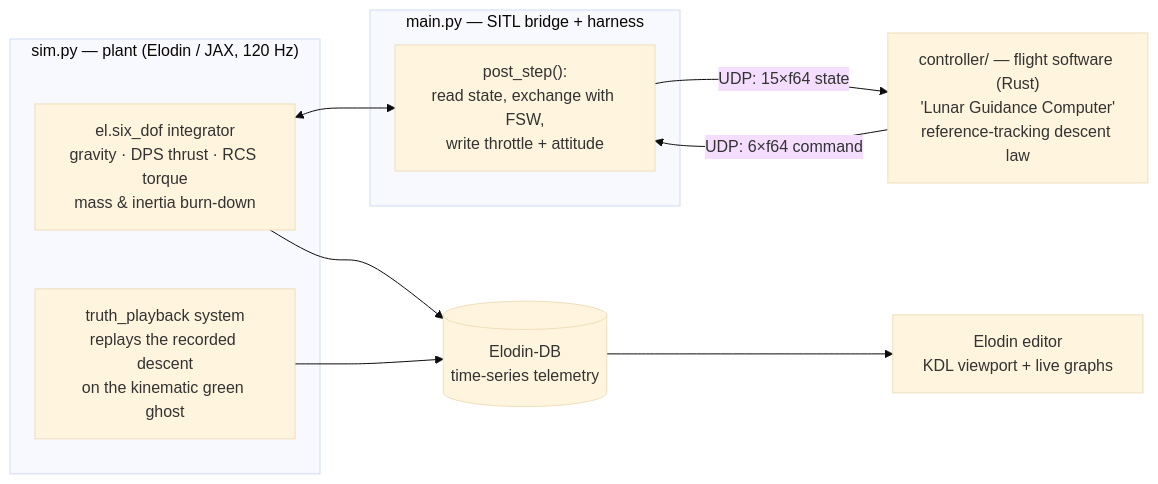
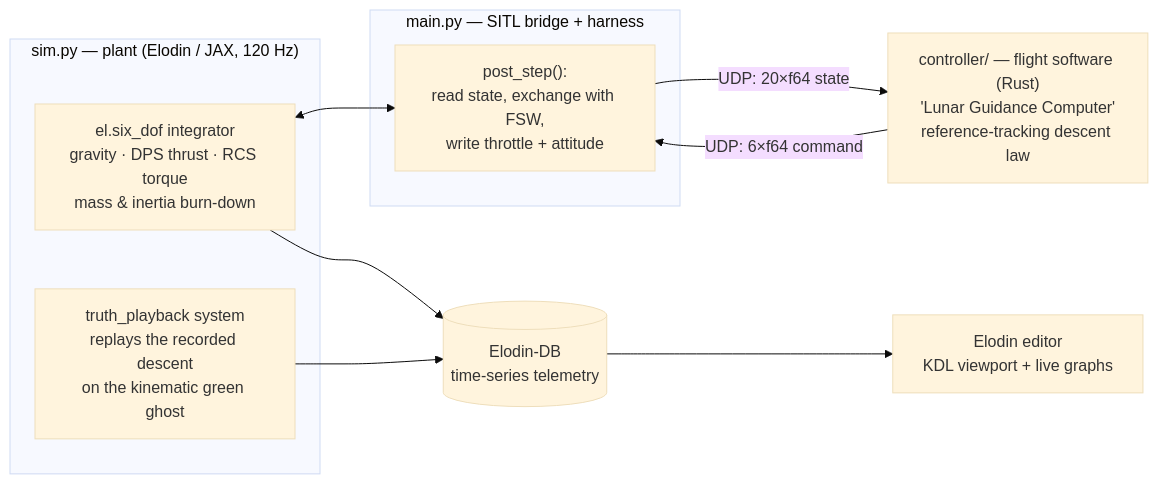
Before and after one commit to elodin-sys/elodin: the diagram in examples/apollo-lander/WHITEPAPER.md, drawn with Mermaid (base theme). The commit also changed other lines of this file and 10 other files, not shown here.

````diff
--- a/examples/apollo-lander/WHITEPAPER.md
+++ b/examples/apollo-lander/WHITEPAPER.md
@@ -79,19 +86,19 @@
 ```mermaid
 flowchart LR
     subgraph SIM["sim.py — plant (Elodin / JAX, 120 Hz)"]
         PHYS["el.six_dof integrator<br/>gravity · DPS thrust · RCS torque<br/>mass & inertia burn-down"]
         TRUTH["truth_playback system<br/>replays the recorded descent<br/>on the kinematic green ghost"]
     end
     subgraph BR["main.py — SITL bridge + harness"]
         POST["post_step():<br/>read state, exchange with FSW,<br/>write throttle + attitude"]
     end
     LGC["controller/ — flight software (Rust)<br/>'Lunar Guidance Computer'<br/>reference-tracking descent law"]
     DB[("Elodin-DB<br/>time-series telemetry")]
     ED["Elodin editor<br/>KDL viewport + live graphs"]
 
     PHYS <--> POST
-    POST -- "UDP: 15×f64 state" --> LGC
+    POST -- "UDP: 20×f64 state" --> LGC
     LGC -- "UDP: 6×f64 command" --> POST
     PHYS --> DB --> ED
     TRUTH --> DB
 ```
````
